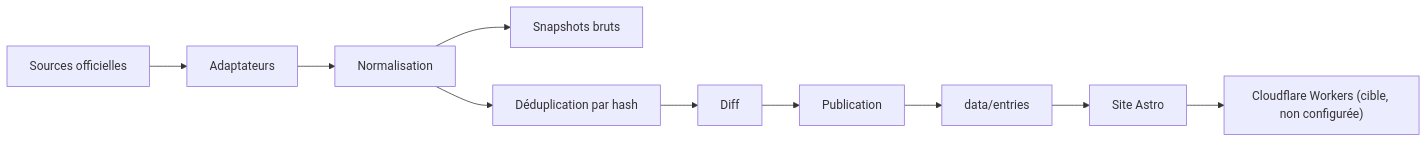
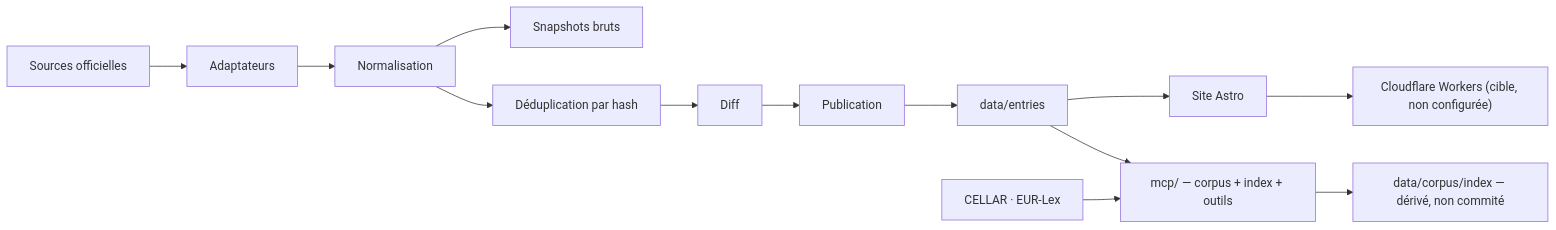
The diagram in aidd_docs/memory/architecture.md (Beccariavf/vitrine), drawn with Mermaid before and after one commit. The commit also changed other lines of this file and 6 other files, not shown here.

Commit message:
docs(mcp): documenter le corpus, l'index et le serveur

````diff
--- a/aidd_docs/memory/architecture.md
+++ b/aidd_docs/memory/architecture.md
@@ -13,12 +13,15 @@
 ```mermaid
 flowchart LR
   SRC["Sources officielles"] --> A["Adaptateurs"]
   A --> N["Normalisation"]
   N --> R["Snapshots bruts"]
   N --> U["Déduplication par hash"]
   U --> F["Diff"]
   F --> P["Publication"]
   P --> E["data/entries"]
   E --> S["Site Astro"]
   S --> W["Cloudflare Workers (cible, non configurée)"]
+  CELLAR["CELLAR · EUR-Lex"] --> MCP["mcp/ — corpus + index + outils"]
+  E --> MCP
+  MCP --> IDX["data/corpus/index — dérivé, non commité"]
 ```
````
